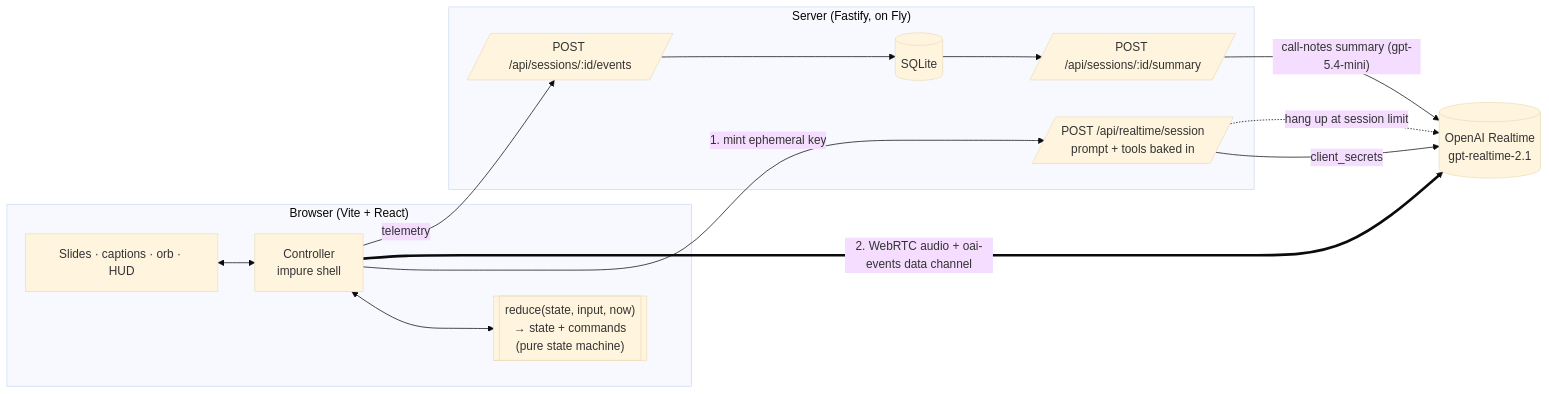
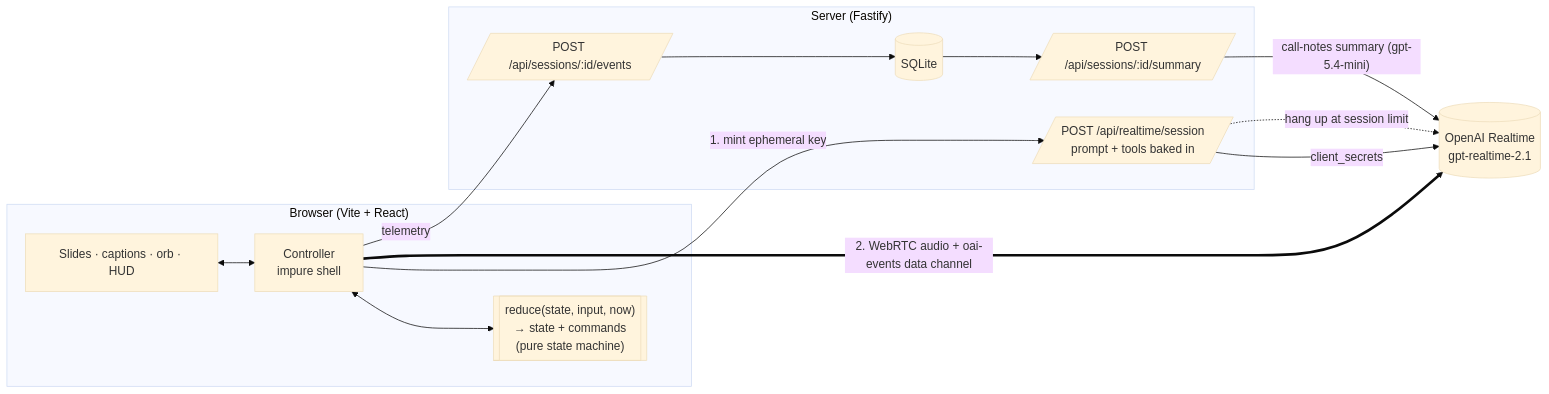
One commit to NeetanKumar/Synthio-prototype changed the first of 3 diagrams in docs/architecture.md. Above: the diagram before and after it, drawn with Mermaid (base theme). The commit also changed 11 other files, not shown here.

````diff
--- a/docs/architecture.md
+++ b/docs/architecture.md
@@ -3,24 +3,24 @@
 ```mermaid
 flowchart LR
   subgraph Browser["Browser (Vite + React)"]
     UI[Slides · captions · orb · HUD]
     C[Controller<br/>impure shell]
     M[["reduce(state, input, now)<br/>→ state + commands<br/>(pure state machine)"]]
     UI <--> C
     C <--> M
   end
-  subgraph Server["Server (Fastify, on Fly)"]
+  subgraph Server["Server (Fastify)"]
     S[/POST /api/realtime/session<br/>prompt + tools baked in/]
     T[/POST /api/sessions/:id/events/]
     N[/POST /api/sessions/:id/summary/]
     DB[(SQLite)]
     T --> DB --> N
   end
   OAI[(OpenAI Realtime<br/>gpt-realtime-2.1)]
   C -- "1. mint ephemeral key" --> S
   S -- "client_secrets" --> OAI
   C == "2. WebRTC audio + oai-events data channel" ==> OAI
   C -- telemetry --> T
   N -- "call-notes summary (gpt-5.4-mini)" --> OAI
   S -. "hang up at session limit" .-> OAI
 ```
````
